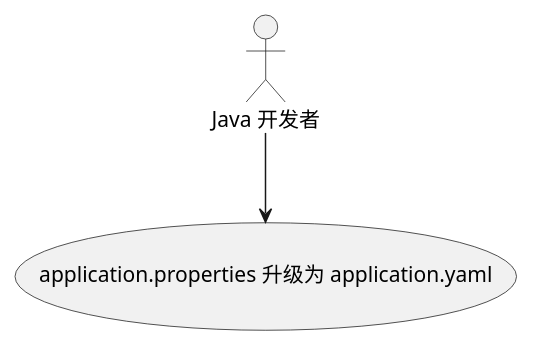
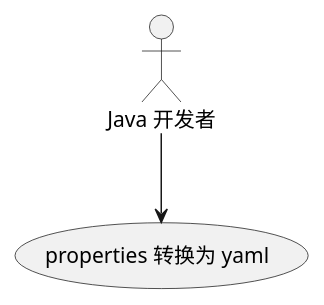
One commit to peacetrue/bee changed the diagram in docs/antora/modules/ROOT/pages/iteration/conversion/requirement.adoc. Above: the diagram before and after it, drawn with PlantUML. The commit also changed other lines of this file and 24 other files, not shown here.

```diff
--- a/docs/antora/modules/ROOT/pages/iteration/conversion/requirement.adoc
+++ b/docs/antora/modules/ROOT/pages/iteration/conversion/requirement.adoc
@@ -16,6 +9,6 @@
 [plantuml,target=java-application,format=png]
 ----
 @startuml
-:Java 开发者: --> (application.properties 升级为 application.yaml)
+:Java 开发者: --> (properties 转换为 yaml)
 @enduml
 ----
```
